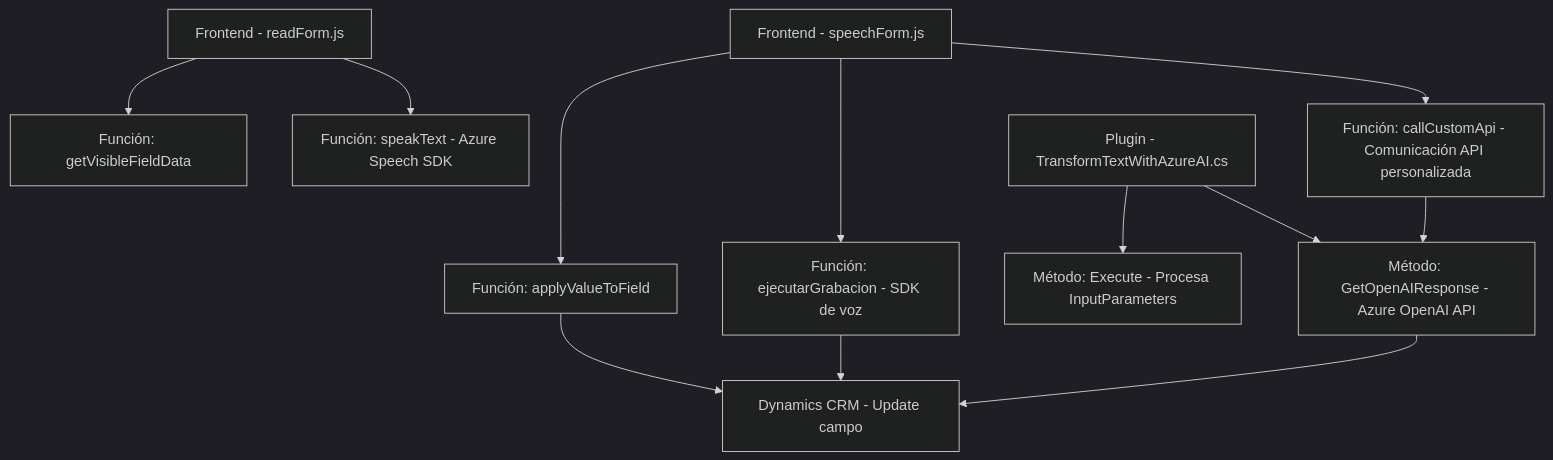
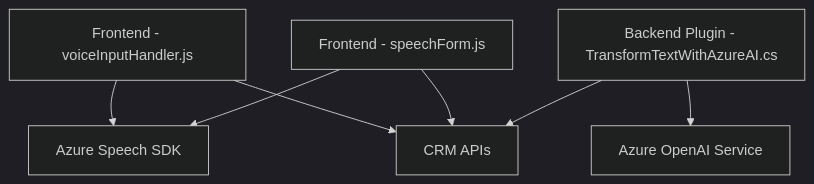
The diagram in README.md (blopezdm/NETCORE_BILBAO2025), drawn with Mermaid (dark theme) before and after one commit. The commit also changed other lines of this file, not shown here.

````diff
--- a/README.md
+++ b/README.md
@@ -42,14 +37,16 @@
 ```mermaid
 graph TD
-  A["Frontend - readForm.js"] --> B["Función: getVisibleFieldData"]
-  A --> C["Función: speakText - Azure Speech SDK"]
-  D["Frontend - speechForm.js"] --> E["Función: ejecutarGrabacion - SDK de voz"]
-  D --> F["Función: applyValueToField"]
-  D --> G["Función: callCustomApi - Comunicación API personalizada"]
-  H["Plugin - TransformTextWithAzureAI.cs"] --> I["Método: Execute - Procesa InputParameters"]
-  H --> J["Método: GetOpenAIResponse - Azure OpenAI API"]
-  G --> J
-  F --> K["Dynamics CRM - Update campo"]
-  E --> K
-  J --> K
+  A[Frontend - voiceInputHandler.js]
+  B[Frontend - speechForm.js]
+  C[Backend Plugin - TransformTextWithAzureAI.cs]
+  D[Azure Speech SDK]
+  E[Azure OpenAI Service]
+  F[CRM APIs]
+
+  A --> D
+  A --> F
+  B --> D
+  B --> F
+  C --> F
+  C --> E
 ```
````
